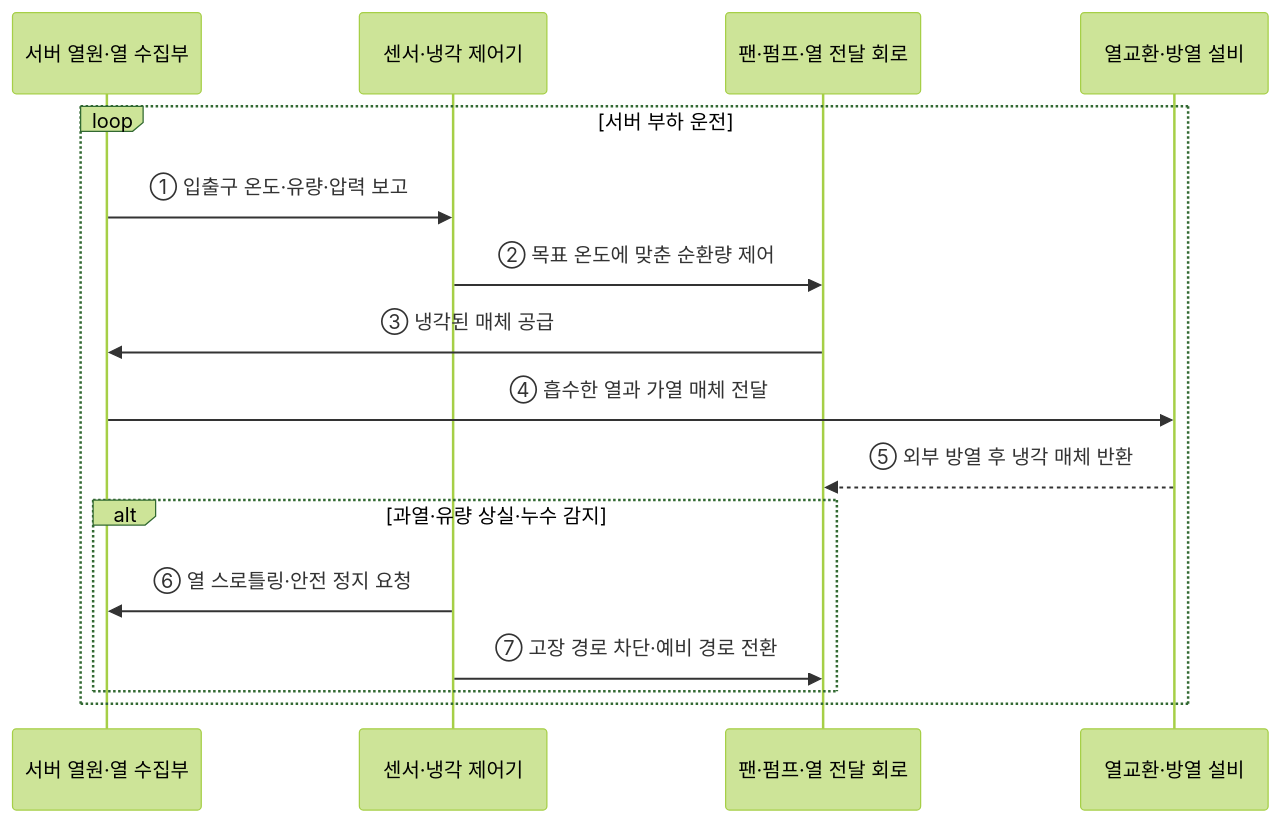
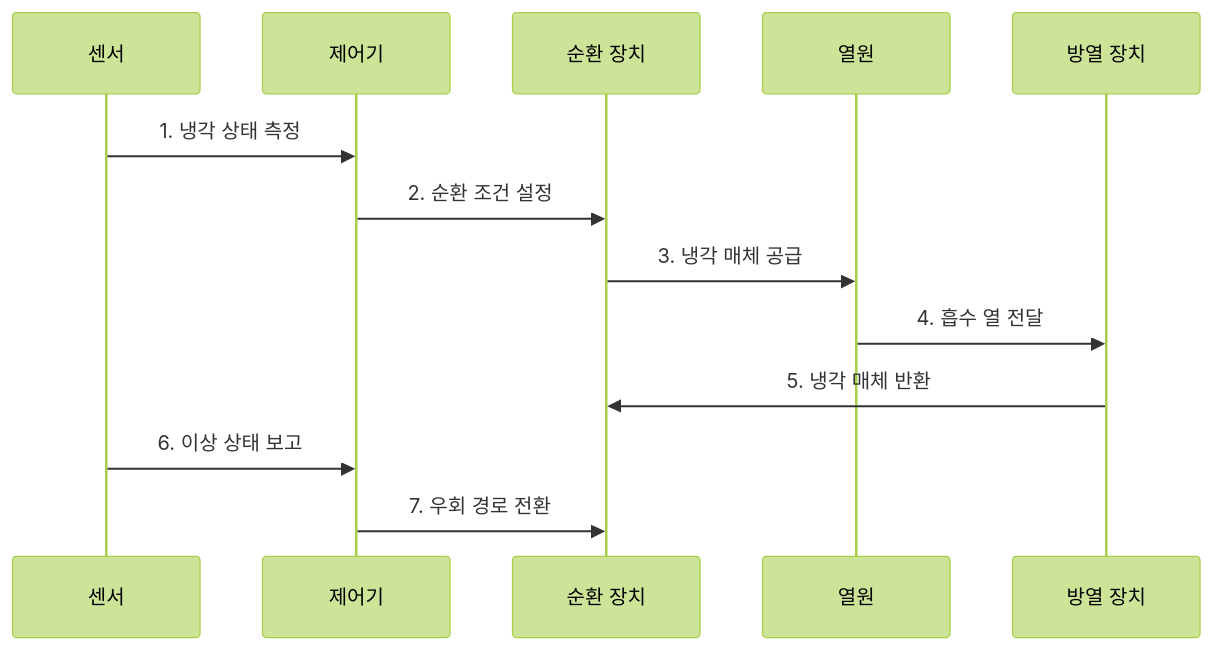
The second of 2 diagrams in src/content/docs/notes/02-hardware/057_cooling_system.md (agnusdei1207/knowledge-base), drawn with Mermaid (forest theme) before and after one commit. The commit also changed other lines of this file and 20 other files, not shown here.

````diff
--- a/src/content/docs/notes/02-hardware/057_cooling_system.md
+++ b/src/content/docs/notes/02-hardware/057_cooling_system.md
@@ -84,19 +64,16 @@
 ```mermaid
 sequenceDiagram
-    participant H as 서버 열원·열 수집부
-    participant M as 센서·냉각 제어기
-    participant P as 팬·펌프·열 전달 회로
-    participant X as 열교환·방열 설비
+    participant S as 센서
+    participant C as 제어기
+    participant P as 순환 장치
+    participant H as 열원
+    participant X as 방열 장치
 
-    loop 서버 부하 운전
-        H->>M: ① 입출구 온도·유량·압력 보고
-        M->>P: ② 목표 온도에 맞춘 순환량 제어
-        P->>H: ③ 냉각된 매체 공급
-        H->>X: ④ 흡수한 열과 가열 매체 전달
-        X-->>P: ⑤ 외부 방열 후 냉각 매체 반환
-        alt 과열·유량 상실·누수 감지
-            M->>H: ⑥ 열 스로틀링·안전 정지 요청
-            M->>P: ⑦ 고장 경로 차단·예비 경로 전환
-        end
-    end
+    S->>C: 1. 냉각 상태 측정
+    C->>P: 2. 순환 조건 설정
+    P->>H: 3. 냉각 매체 공급
+    H->>X: 4. 흡수 열 전달
+    X->>P: 5. 냉각 매체 반환
+    S->>C: 6. 이상 상태 보고
+    C->>P: 7. 우회 경로 전환
 ```
````
